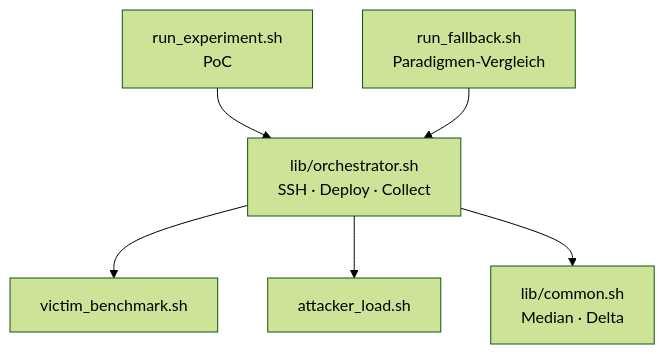
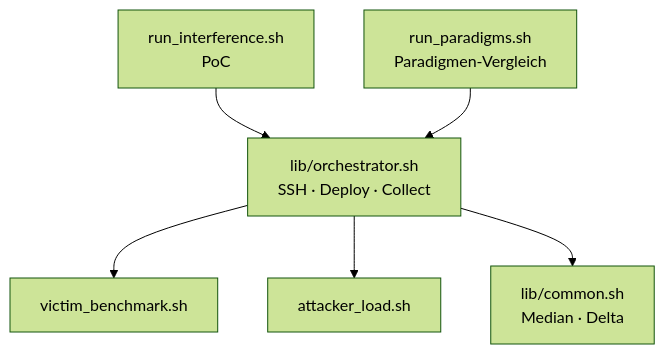
One commit to mwagner86/Hardware-Sicherheit changed the fourth of 4 diagrams in presentation/slides.md. Above: the diagram before and after it, drawn with Mermaid (forest theme). The commit also changed other lines of this file and 31 other files, not shown here.

First line of the commit message:
rename: PoC→interference, Fallback→paradigms projektweit

````diff
--- a/presentation/slides.md
+++ b/presentation/slides.md
@@ -540,9 +540,9 @@
 ```mermaid {scale: 0.6}
 flowchart TB
-  RE[run_experiment.sh<br/>PoC] --> O
-  RF[run_fallback.sh<br/>Paradigmen-Vergleich] --> O
+  RE[run_interference.sh<br/>PoC] --> O
+  RF[run_paradigms.sh<br/>Paradigmen-Vergleich] --> O
   O[lib/orchestrator.sh<br/>SSH · Deploy · Collect]
   O --> VB[victim_benchmark.sh]
   O --> AL[attacker_load.sh]
   O --> C[lib/common.sh<br/>Median · Delta]
 ```
````
